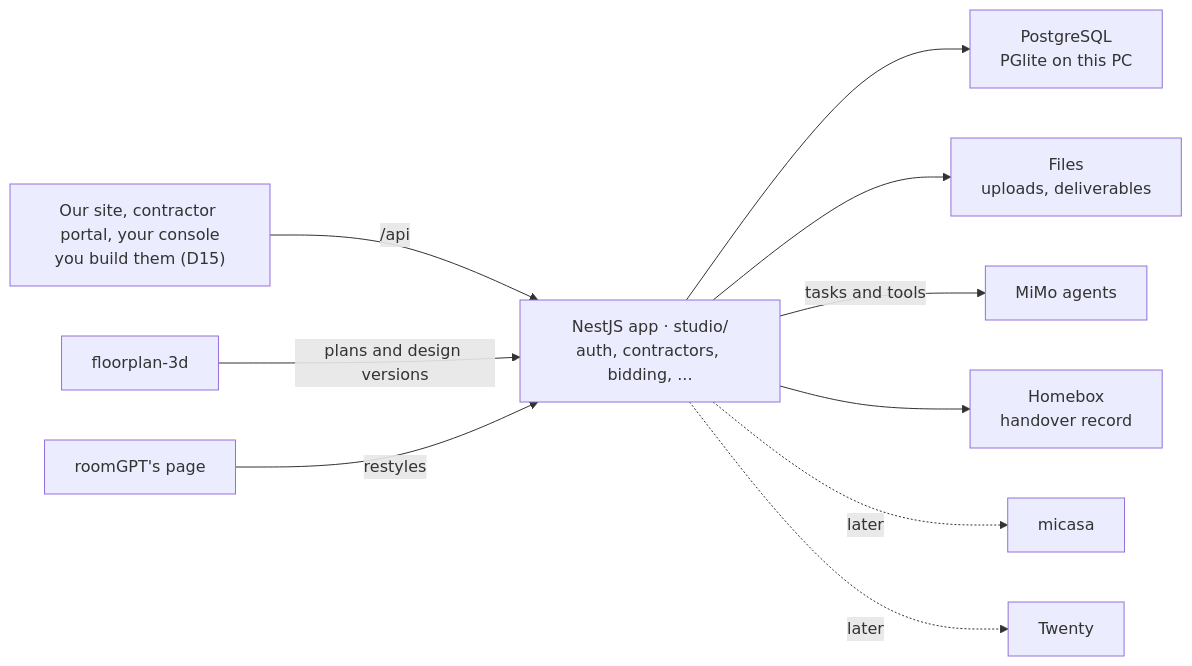
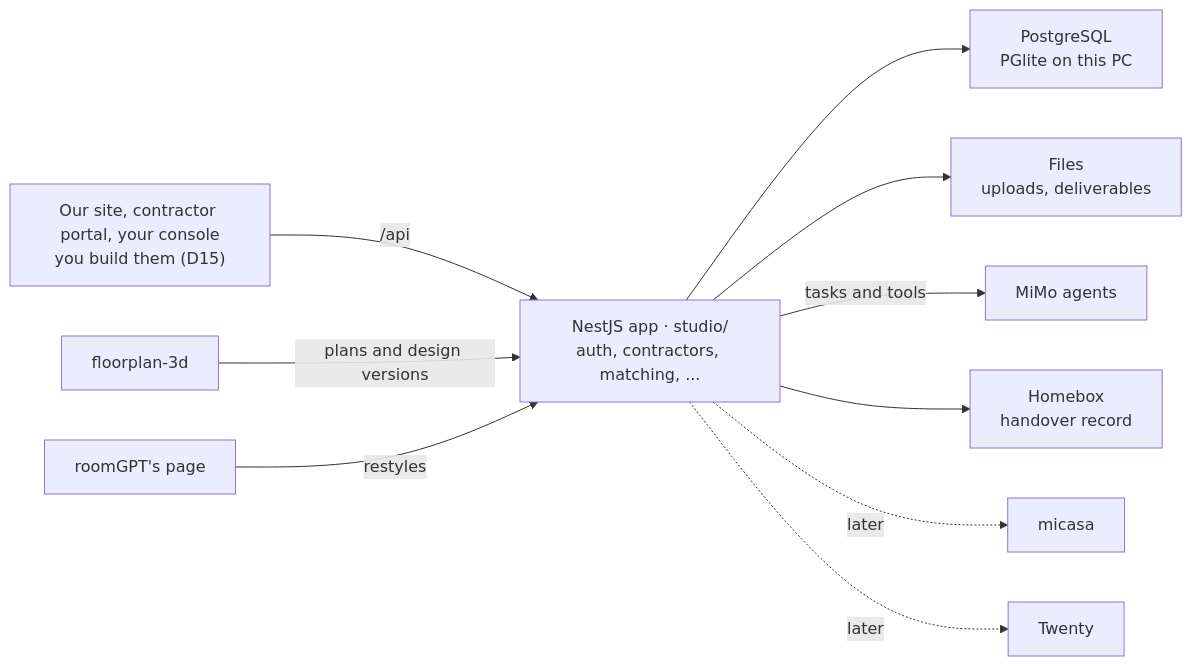
Before and after one commit to kakssjs/3dfangwu: the third of 4 diagrams in WORKFLOW.md, drawn with Mermaid. The commit also changed other lines of this file and 31 other files, not shown here.

````diff
--- a/WORKFLOW.md
+++ b/WORKFLOW.md
@@ -644,12 +659,12 @@
 ```mermaid
 flowchart LR
-    U["Our site, contractor portal, your console<br/>you build them (D15)"] -->|/api| API["NestJS app · studio/<br/>auth, contractors, bidding, ..."]
+    U["Our site, contractor portal, your console<br/>you build them (D15)"] -->|/api| API["NestJS app · studio/<br/>auth, contractors, matching, ..."]
     F["floorplan-3d"] -->|plans and design versions| API
     G["roomGPT's page"] -->|restyles| API
     API --> DB["PostgreSQL<br/>PGlite on this PC"]
     API --> FS["Files<br/>uploads, deliverables"]
     API -->|tasks and tools| M["MiMo agents"]
     API --> H["Homebox<br/>handover record"]
     API -.->|later| MC["micasa"]
     API -.->|later| T["Twenty"]
 ```
````
